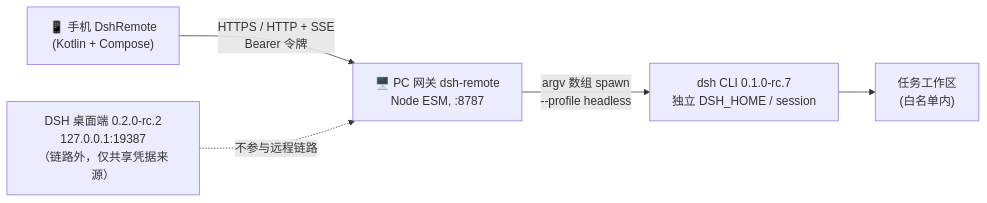
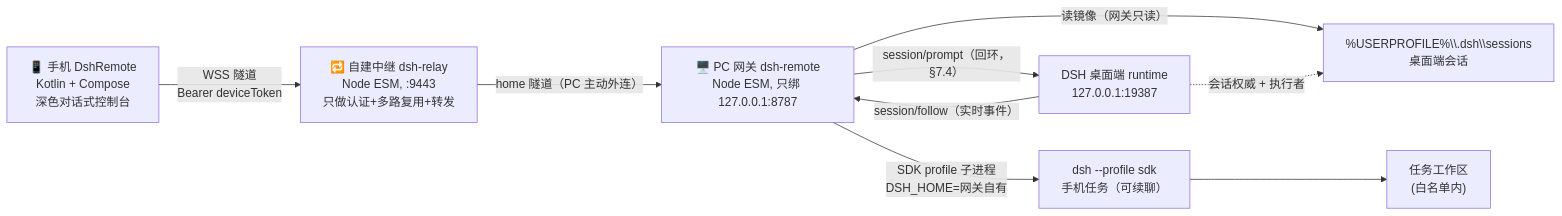
Before and after one commit to puthead/dsh-remote-android: the diagram in docs/README.md, drawn with Mermaid. The commit also changed other lines of this file and 26 other files, not shown here.

````diff
--- a/docs/README.md
+++ b/docs/README.md
@@ -78,7 +104,11 @@
 ```mermaid
 flowchart LR
-  P["📱 手机 DshRemote<br/>(Kotlin + Compose)"] -->|"HTTPS / HTTP + SSE<br/>Bearer 令牌"| G["🖥️ PC 网关 dsh-remote<br/>Node ESM, :8787"]
-  G -->|"argv 数组 spawn<br/>--profile headless"| C["dsh CLI 0.1.0-rc.7<br/>独立 DSH_HOME / session"]
+  P["📱 手机 DshRemote<br/>Kotlin + Compose<br/>深色对话式控制台"] -->|"WSS 隧道<br/>Bearer deviceToken"| R["🔁 自建中继 dsh-relay<br/>Node ESM, :9443<br/>只做认证+多路复用+转发"]
+  R -->|"home 隧道（PC 主动外连）"| G["🖥️ PC 网关 dsh-remote<br/>Node ESM, 只绑 127.0.0.1:8787"]
+  G -->|"读镜像（网关只读）"| S["%USERPROFILE%\\.dsh\\sessions<br/>桌面端会话"]
+  G -->|"SDK profile 子进程<br/>DSH_HOME=网关自有"| C["dsh --profile sdk<br/>手机任务（可续聊）"]
   C --> W["任务工作区<br/>(白名单内)"]
-  D["DSH 桌面端 0.2.0-rc.2<br/>127.0.0.1:19387<br/>（链路外，仅共享凭据来源）"] -.->|"不参与远程链路"| G
+  D["DSH 桌面端 runtime<br/>127.0.0.1:19387"] -.->|"会话权威 + 执行者"| S
+  G -->|"session/prompt（回环，§7.4）"| D
+  D -->|"session/follow（实时事件）"| G
 ```
````
